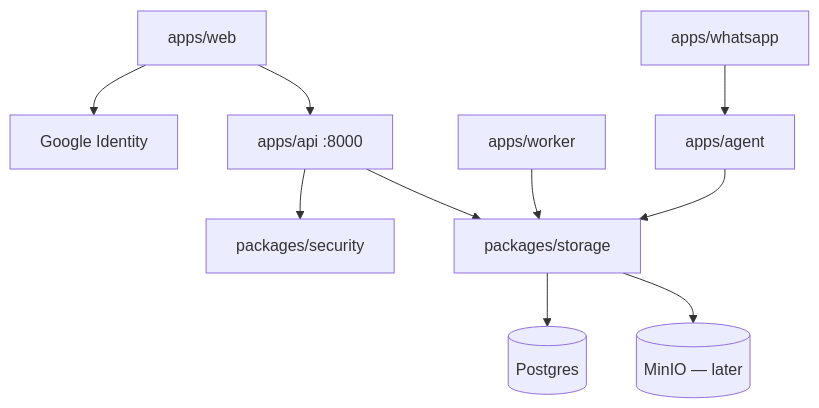
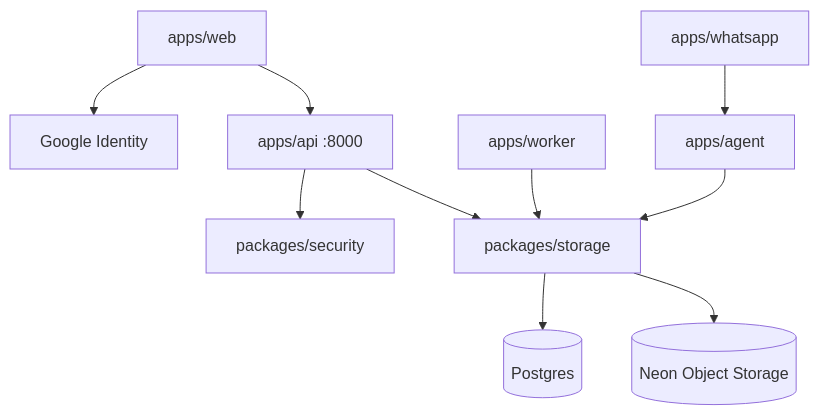
One commit to AnuragAmbekar741/kosh changed the diagram in docs/architecture/overview.md. Above: the diagram before and after it, drawn with Mermaid. The commit also changed other lines of this file and 40 other files, not shown here.

````diff
--- a/docs/architecture/overview.md
+++ b/docs/architecture/overview.md
@@ -50,23 +64,23 @@
 ```mermaid
 flowchart TB
   WEB[apps/web]
   GOOG[Google Identity]
   API[apps/api :8000]
   WRK[apps/worker]
   AGT[apps/agent]
   WA[apps/whatsapp]
   STOR[packages/storage]
   SEC[packages/security]
   PG[(Postgres)]
-  MINIO[(MinIO — later)]
+  OBJ[(Neon Object Storage)]
 
   WEB --> GOOG
   WEB --> API
   WA --> AGT
   API --> SEC
   API --> STOR
   WRK --> STOR
   AGT --> STOR
   STOR --> PG
-  STOR --> MINIO
+  STOR --> OBJ
 ```
````
